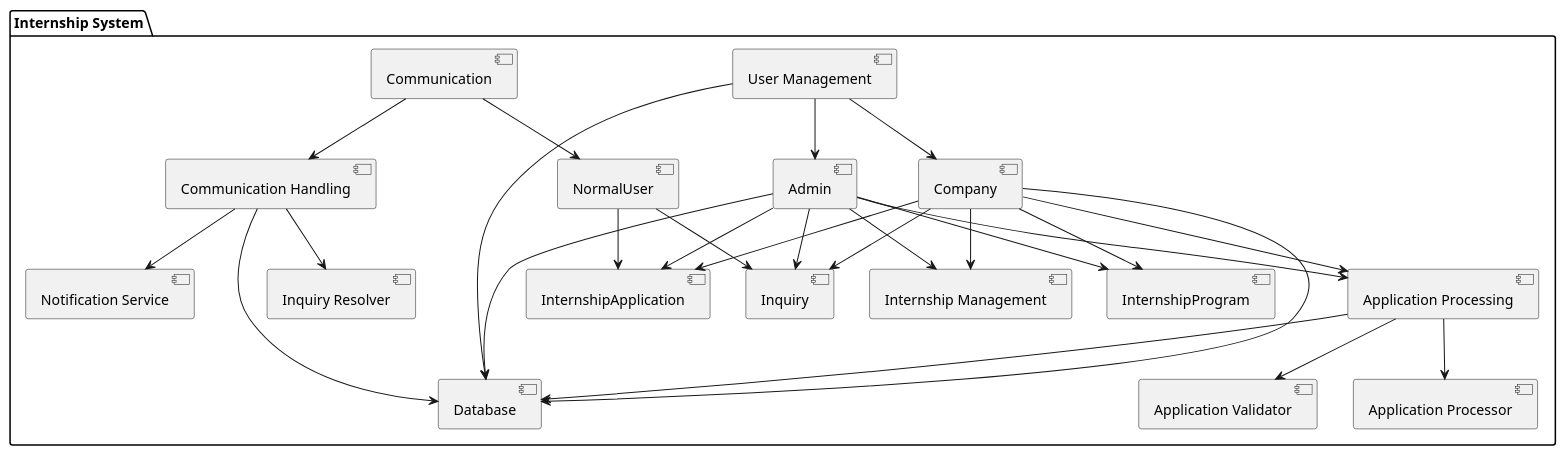
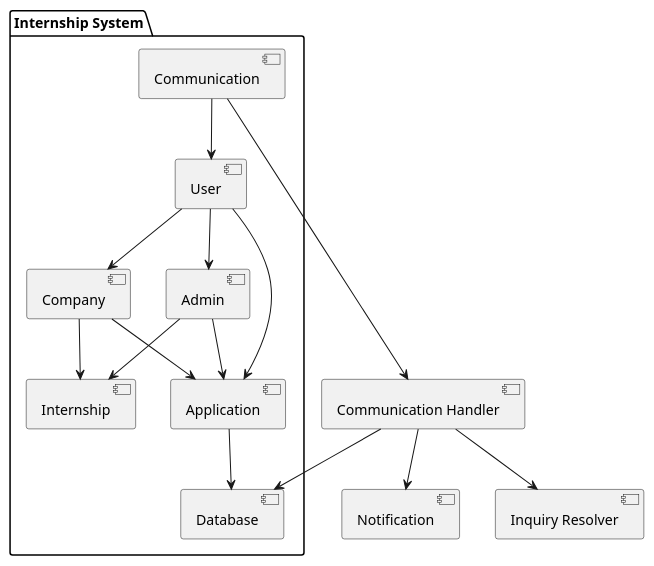
One commit to XRRRA/Internwise changed the diagram in src/UML/Structure/Component.wsd. Above: the diagram before and after it, drawn with PlantUML. The commit also changed 5 other files, not shown here.

Commit message:
Remade all the UML diagrams

```diff
--- a/src/UML/Structure/Component.wsd
+++ b/src/UML/Structure/Component.wsd
@@ -1,53 +1,25 @@
 @startuml component
 package "Internship System" {
-  [User Management]
+  [User]
   [Admin]
   [Company]
-  [Internship Management]
+  [Internship]
   [Communication]
-  [NormalUser]
-  [InternshipProgram]
-  [InternshipApplication]
-  [Inquiry]
-
   [Database]
-
-  [Application Processing]
-  [Application Validator]
-  [Application Processor]
-
-  [Communication Handling]
-  [Notification Service]
-  [Inquiry Resolver]
+  [Application]
 }
 
-[User Management] --> [Admin]
-[User Management] --> [Company]
-[Admin] --> [Internship Management]
-[Company] --> [Internship Management]
-[Communication] --> [NormalUser]
-
-[Company] --> [InternshipProgram]
-[Company] --> [InternshipApplication]
-[Company] --> [Inquiry]
-[Admin] --> [InternshipProgram]
-[Admin] --> [InternshipApplication]
-[Admin] --> [Inquiry]
-[NormalUser] --> [InternshipApplication]
-[NormalUser] --> [Inquiry]
-
-[Admin] --> [Application Processing]
-[Company] --> [Application Processing]
-[Application Processing] --> [Application Validator]
-[Application Processing] --> [Application Processor]
-
-[Communication] --> [Communication Handling]
-[Communication Handling] --> [Notification Service]
-[Communication Handling] --> [Inquiry Resolver]
-
-[User Management] --> [Database]
-[Admin] --> [Database]
-[Company] --> [Database]
-[Application Processing] --> [Database]
-[Communication Handling] --> [Database]
+[User] --> [Admin]
+[User] --> [Company]
+[Admin] --> [Internship]
+[Company] --> [Internship]
+[Communication] --> [User]
+[Communication] --> [Communication Handler]
+[Communication Handler] --> [Notification]
+[Communication Handler] --> [Inquiry Resolver]
+[Communication Handler] --> [Database]
+[Company] --> [Application]
+[Admin] --> [Application]
+[User] --> [Application]
+[Application] --> [Database]
 @enduml
```
